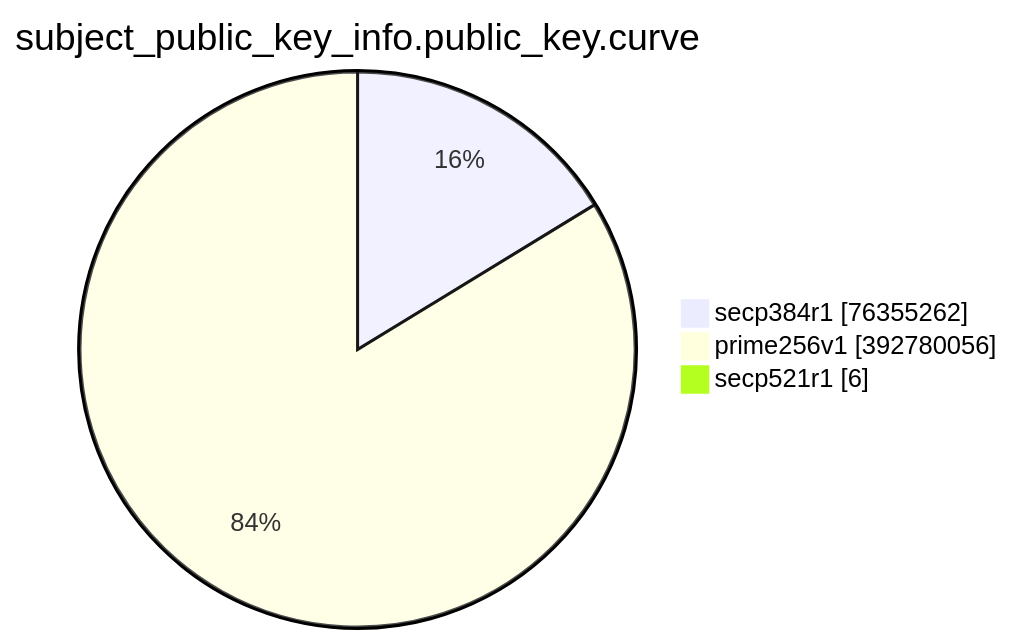
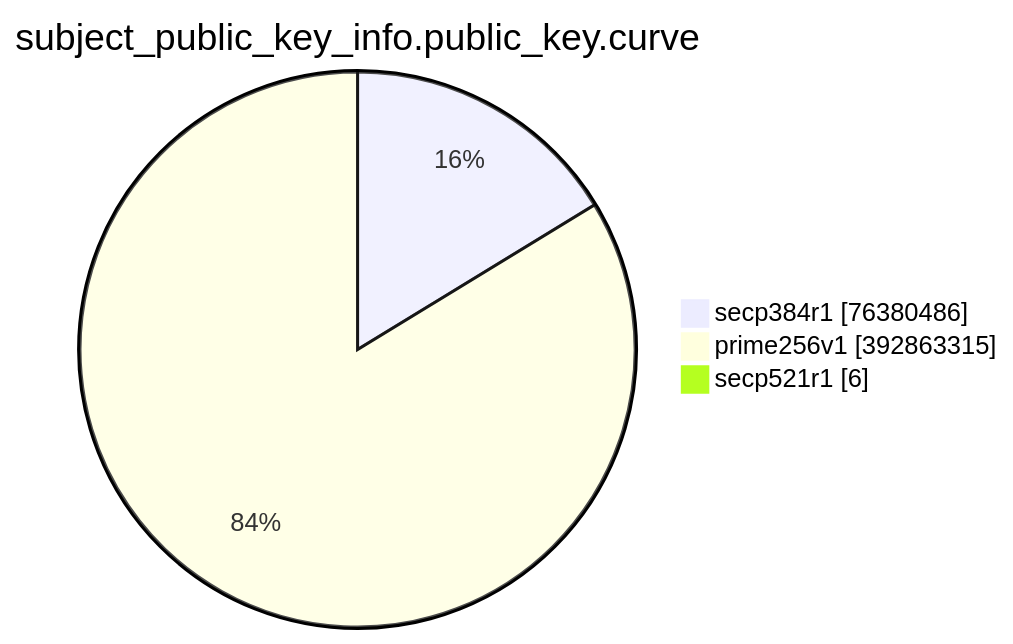
One commit to christiankrug/ctmonitor_visualization changed the eighth of 15 diagrams in TOTAL/README.md. Above: the diagram before and after it, drawn with Mermaid. The commit also changed other lines of this file, not shown here.

````diff
--- a/TOTAL/README.md
+++ b/TOTAL/README.md
@@ -3094,7 +3094,7 @@
 ```mermaid
 pie showData
 title subject_public_key_info.public_key.curve
-"secp384r1" :76355262
-"prime256v1" :392780056
+"secp384r1" :76380486
+"prime256v1" :392863315
 "secp521r1" :6
 ```
````
